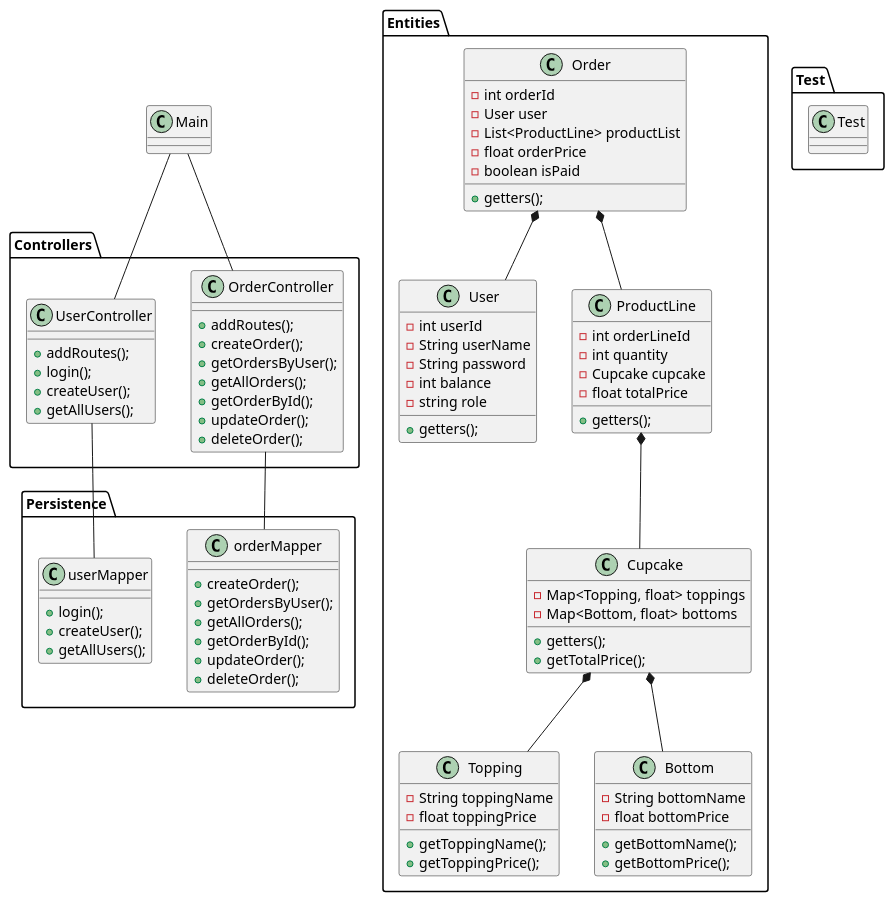
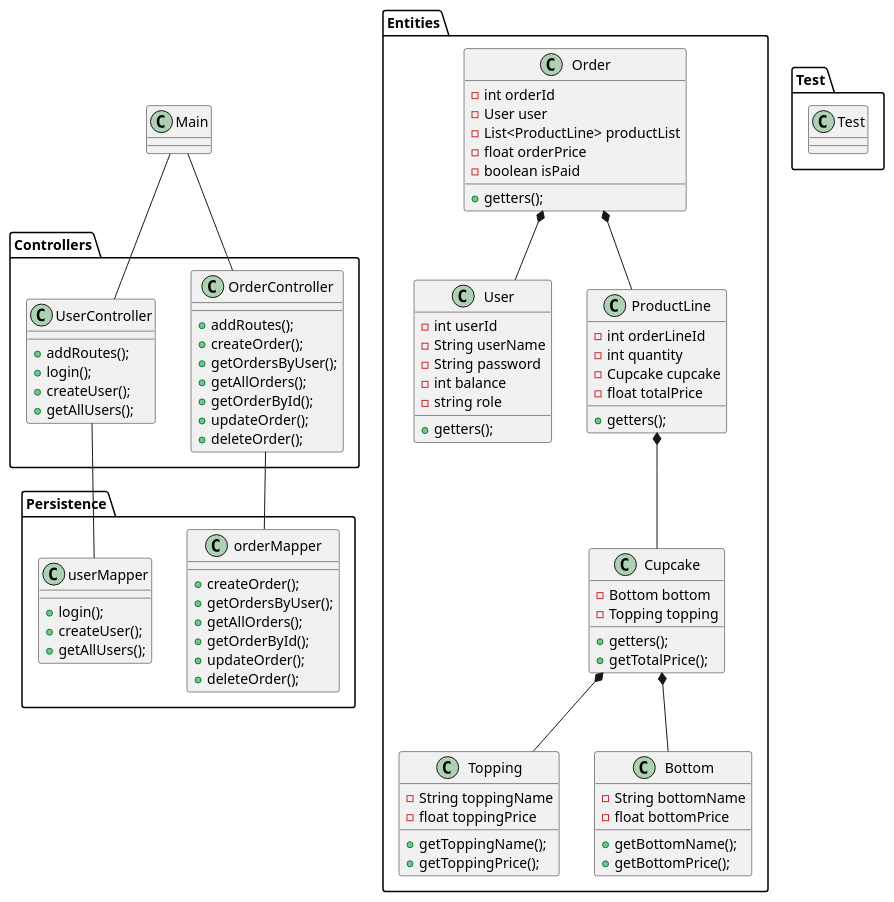
The diagram in Docs/ClassDiagram.puml (MojoOno/Cupcake), drawn with PlantUML before and after one commit. The commit also changed 1 other file, not shown here.

Commit message:
updated cupcake and classdiagram to be more fitting

```diff
--- a/Docs/ClassDiagram.puml
+++ b/Docs/ClassDiagram.puml
@@ -1,103 +1,103 @@
 @startuml
 
 
     class Main {
     }
 
 package "Entities" {
     class Cupcake {
-    - Map<Topping, float> toppings
-    - Map<Bottom, float> bottoms
+    - Bottom bottom
+    - Topping topping
     + getters();
     + getTotalPrice();
     }
 
     class Topping {
     - String toppingName
     - float toppingPrice
     + getToppingName();
     + getToppingPrice();
     }
 
     class Bottom {
     - String bottomName
     - float bottomPrice
     + getBottomName();
     + getBottomPrice();
     }
 
     class User {
     - int userId
     - String userName
     - String password
     - int balance
     - string role
     + getters();
     }
     class ProductLine {
     - int orderLineId
     - int quantity
     - Cupcake cupcake
     - float totalPrice
     + getters();
     }
 
     class Order {
     - int orderId
     - User user
     - List<ProductLine> productList
     - float orderPrice
     - boolean isPaid
     + getters();
     }
 }
 Cupcake *-- Topping
 Cupcake *-- Bottom
 
 package "Persistence" {
     class orderMapper {
     + createOrder();
     + getOrdersByUser();
     + getAllOrders();
     + getOrderById();
     + updateOrder();
     + deleteOrder();
     }
 class userMapper {
     + login();
     + createUser();
     + getAllUsers();
     }
 }
 Order *-- ProductLine
 Order *-- User
 ProductLine *-- Cupcake
 
 package "Controllers" {
     class UserController {
     + addRoutes();
     + login();
     + createUser();
     + getAllUsers();
     }
 
     class OrderController {
     + addRoutes();
     + createOrder();
     + getOrdersByUser();
     + getAllOrders();
     + getOrderById();
     + updateOrder();
     + deleteOrder();
     }
 }
 package "Test" {
     class Test {
     }
 }
 Main -- UserController
 Main -- OrderController
 UserController -- userMapper
 OrderController -- orderMapper
 
 @enduml
```
